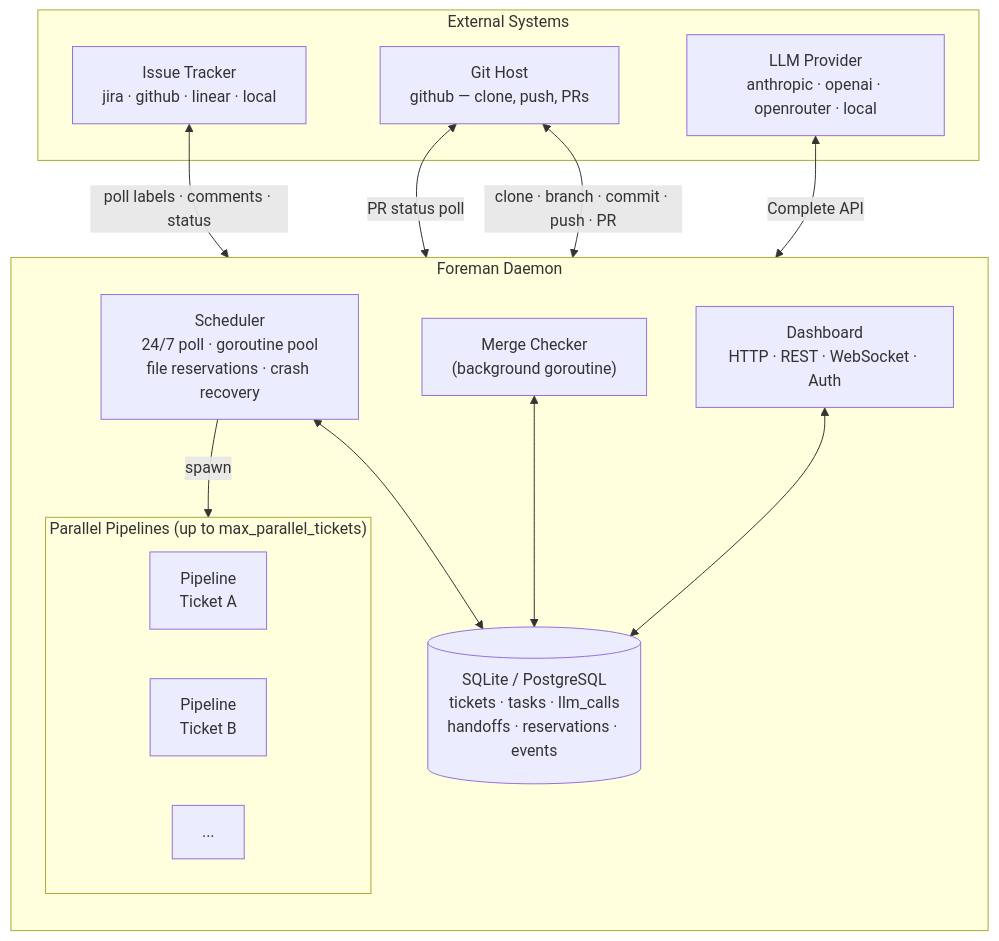
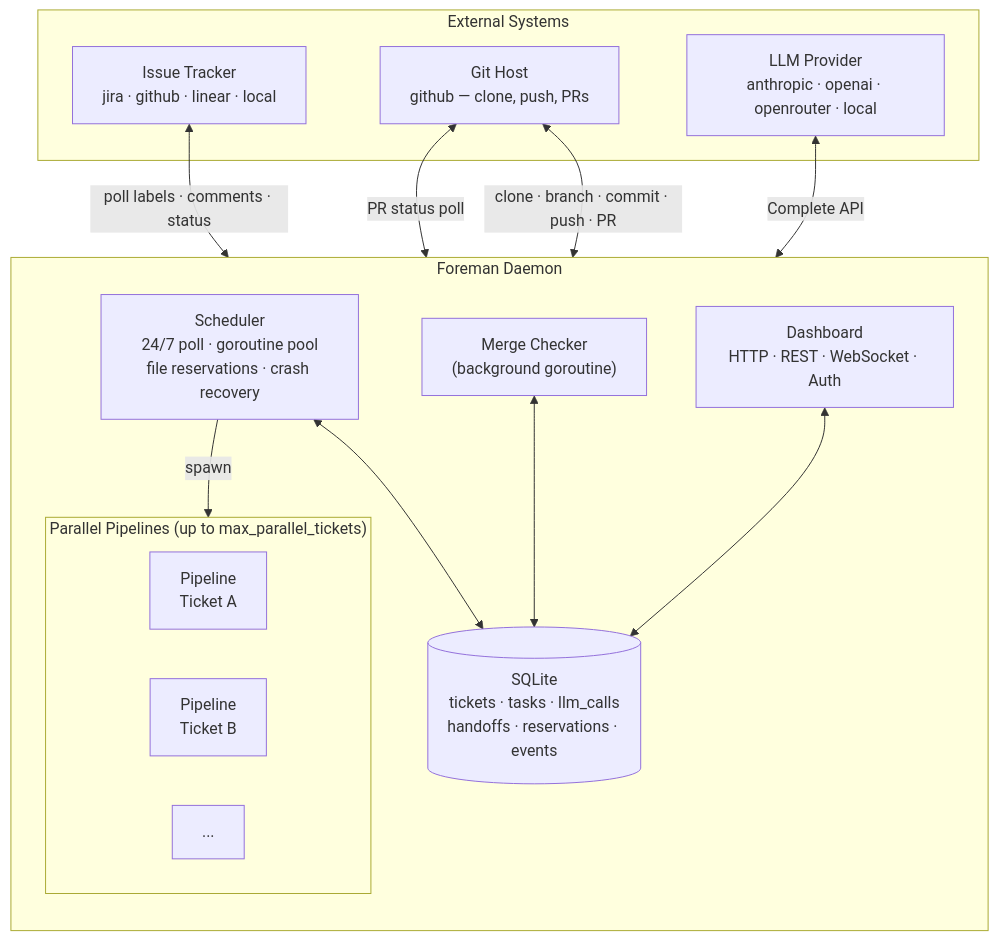
The first of 2 diagrams in docs/architecture.md (canhta/foreman), drawn with Mermaid before and after one commit. The commit also changed other lines of this file and 3 other files, not shown here.

Commit message:
docs: remove remaining PostgreSQL references from docs, config, and lock comment

````diff
--- a/docs/architecture.md
+++ b/docs/architecture.md
@@ -7,33 +7,33 @@
 ```mermaid
 flowchart TD
     subgraph ext["External Systems"]
         Tracker["Issue Tracker<br/>jira · github · linear · local"]
         GitHost["Git Host<br/>github — clone, push, PRs"]
         LLMProv["LLM Provider<br/>anthropic · openai · openrouter · local"]
     end
 
     subgraph foreman["Foreman Daemon"]
         direction TB
         D["Scheduler<br/>24/7 poll · goroutine pool<br/>file reservations · crash recovery"]
         MC["Merge Checker<br/>(background goroutine)"]
 
         subgraph pipelines["Parallel Pipelines  (up to max_parallel_tickets)"]
             PA["Pipeline<br/>Ticket A"]
             PB["Pipeline<br/>Ticket B"]
             PC["..."]
         end
 
-        DB[("SQLite / PostgreSQL<br/>tickets · tasks · llm_calls<br/>handoffs · reservations · events")]
+        DB[("SQLite<br/>tickets · tasks · llm_calls<br/>handoffs · reservations · events")]
         DASH["Dashboard<br/>HTTP · REST · WebSocket · Auth"]
 
         D -- spawn --> pipelines
         D <--> DB
         MC <--> DB
         DASH <--> DB
     end
 
     Tracker <-- poll labels · comments · status --> D
     GitHost <-- clone · branch · commit · push · PR --> pipelines
     LLMProv <-- Complete API --> pipelines
     GitHost <-- PR status poll --> MC
 ```
````
